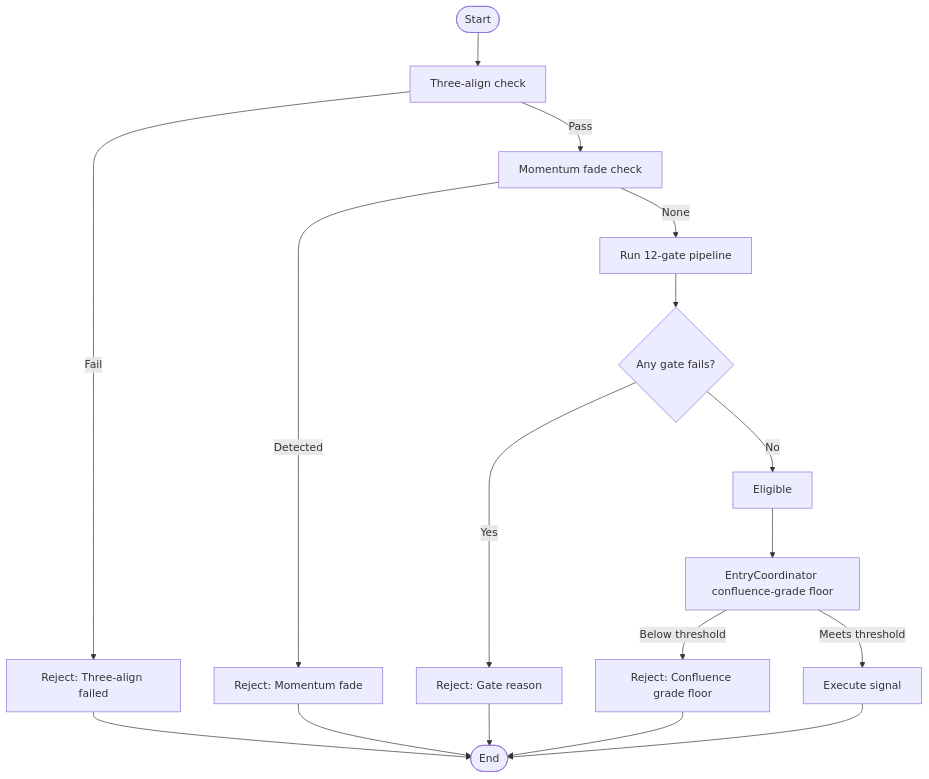
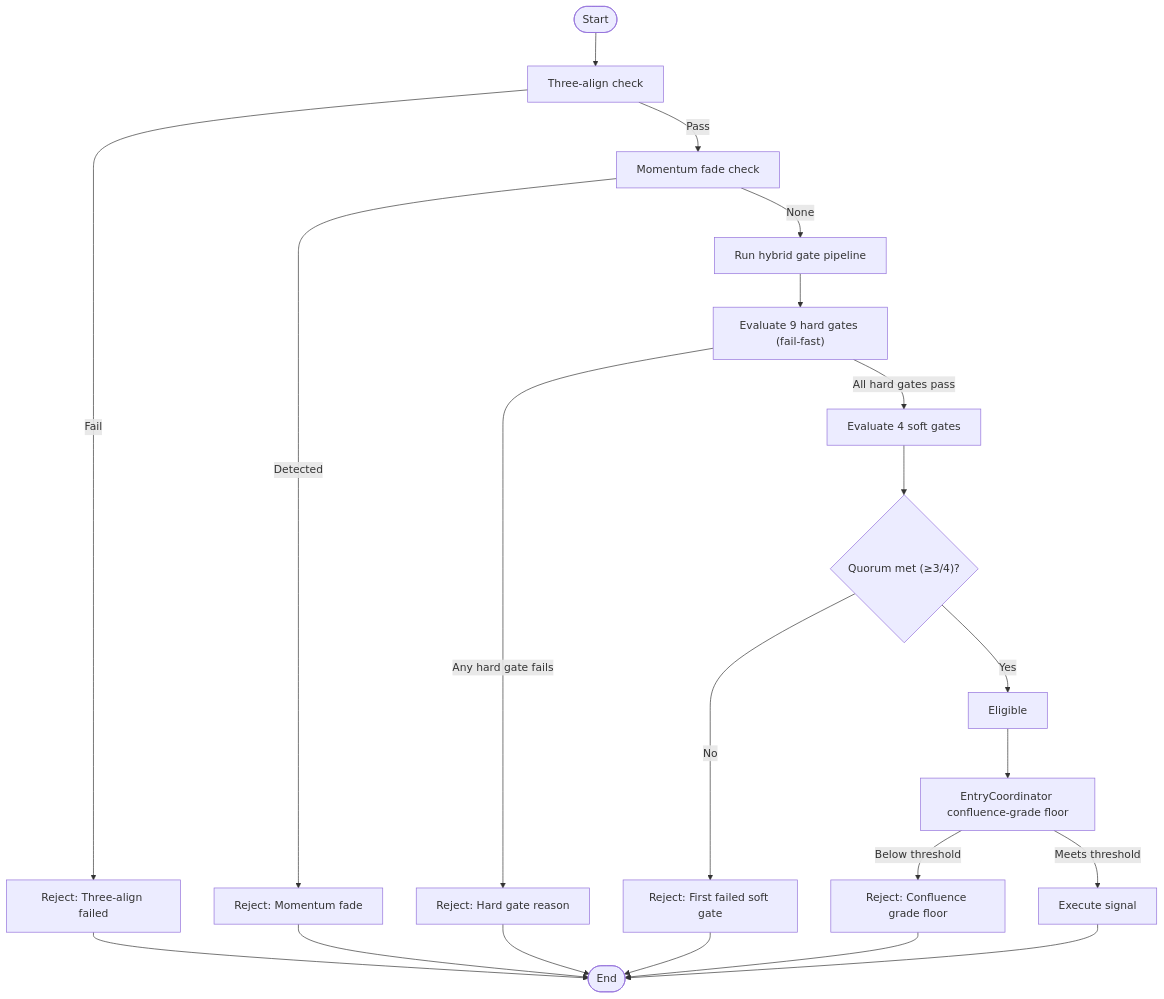
One commit to gemrajkhatry-maker/v5-of-glassytrade-ai changed the fourth of 5 diagrams in .qoder/repowiki/en/content/Backend Application/Application Handlers/Gate Pipeline.md. Above: the diagram before and after it, drawn with Mermaid. The commit also changed other lines of this file and 930 other files, not shown here.

````diff
--- a/.qoder/repowiki/en/content/Backend Application/Application Handlers/Gate Pipeline.md
+++ b/.qoder/repowiki/en/content/Backend Application/Application Handlers/Gate Pipeline.md
@@ -287,19 +303,23 @@
 ```mermaid
 flowchart TD
 Start(["Start"]) --> TA["Three-align check"]
 TA --> |Fail| RejectTA["Reject: Three-align failed"]
 TA --> |Pass| MF["Momentum fade check"]
 MF --> |Detected| RejectMF["Reject: Momentum fade"]
-MF --> |None| RunGP["Run 12-gate pipeline"]
-RunGP --> GateFail{"Any gate fails?"}
-GateFail --> |Yes| RejectGate["Reject: Gate reason"]
-GateFail --> |No| Eligible["Eligible"]
+MF --> |None| RunGP["Run hybrid gate pipeline"]
+RunGP --> HardGates["Evaluate 9 hard gates (fail-fast)"]
+HardGates --> |Any hard gate fails| RejectHard["Reject: Hard gate reason"]
+HardGates --> |All hard gates pass| SoftGates["Evaluate 4 soft gates"]
+SoftGates --> Quorum{"Quorum met (≥3/4)?"}
+Quorum --> |No| RejectQuorum["Reject: First failed soft gate"]
+Quorum --> |Yes| Eligible["Eligible"]
 Eligible --> Risk["EntryCoordinator confluence-grade floor"]
 Risk --> |Below threshold| RejectGrade["Reject: Confluence grade floor"]
 Risk --> |Meets threshold| Exec["Execute signal"]
 RejectTA --> End(["End"])
 RejectMF --> End
-RejectGate --> End
+RejectHard --> End
+RejectQuorum --> End
 RejectGrade --> End
 Exec --> End
 ```
````
